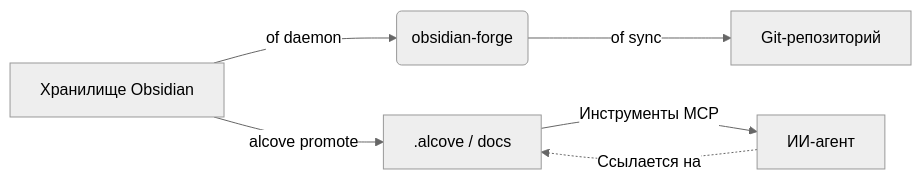
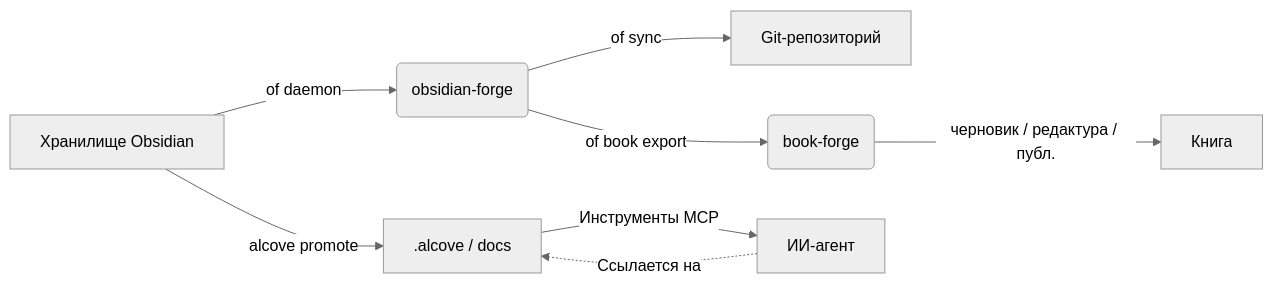
The diagram in docs/README_ru.md (epicsagas/obsidian-forge), drawn with Mermaid (neutral theme) before and after one commit. The commit also changed other lines of this file and 9 other files, not shown here.

Commit message:
docs(ecosystem): add book-forge integration guide across all languages

````diff
--- a/docs/README_ru.md
+++ b/docs/README_ru.md
@@ -340,8 +341,10 @@
 ```mermaid
 graph LR
     A[Хранилище Obsidian] -->|of daemon| B(obsidian-forge)
     B -->|of sync| C[Git-репозиторий]
     A -->|alcove promote| D[.alcove / docs]
     D -->|Инструменты MCP| E[ИИ-агент]
     E -.->|Ссылается на| D
+    B -->|of book export| F(book-forge)
+    F -->|черновик / редактура / публ.| G[Книга]
 ```
````
